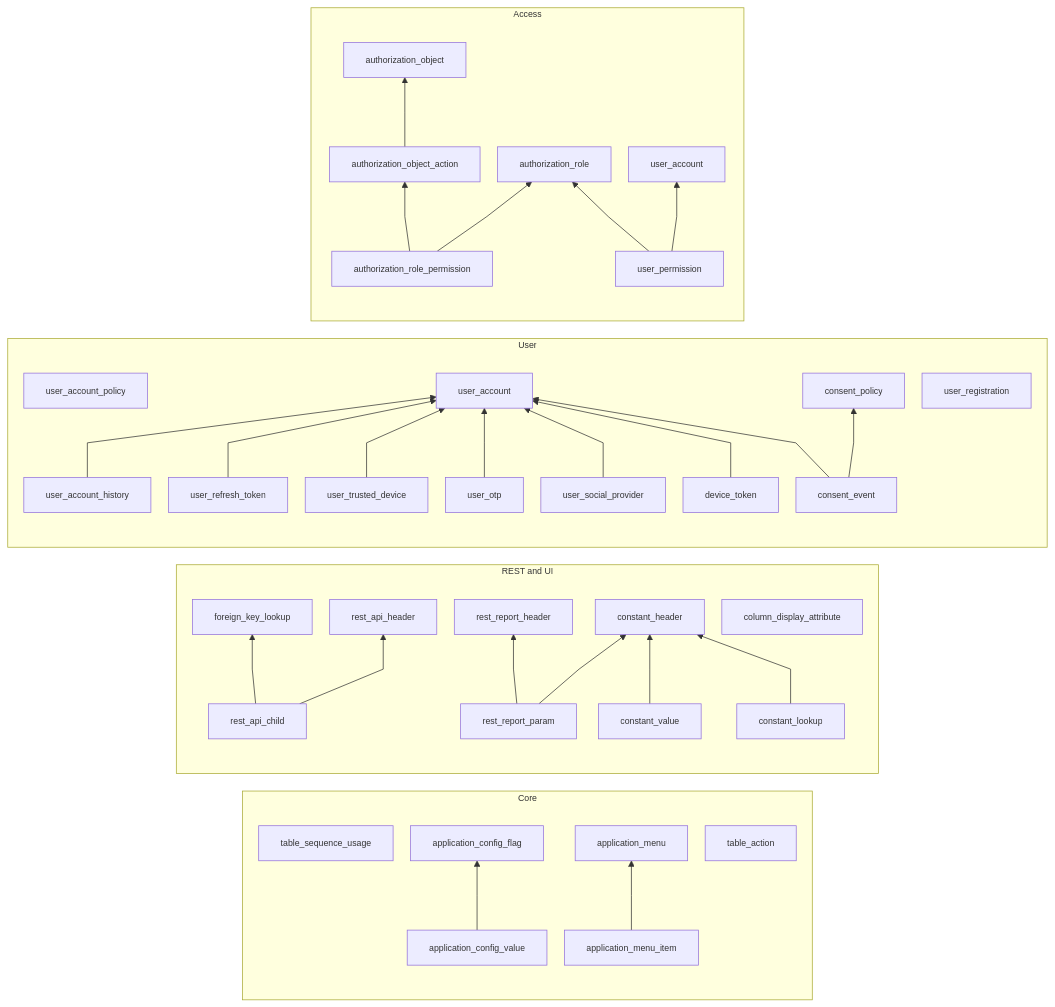
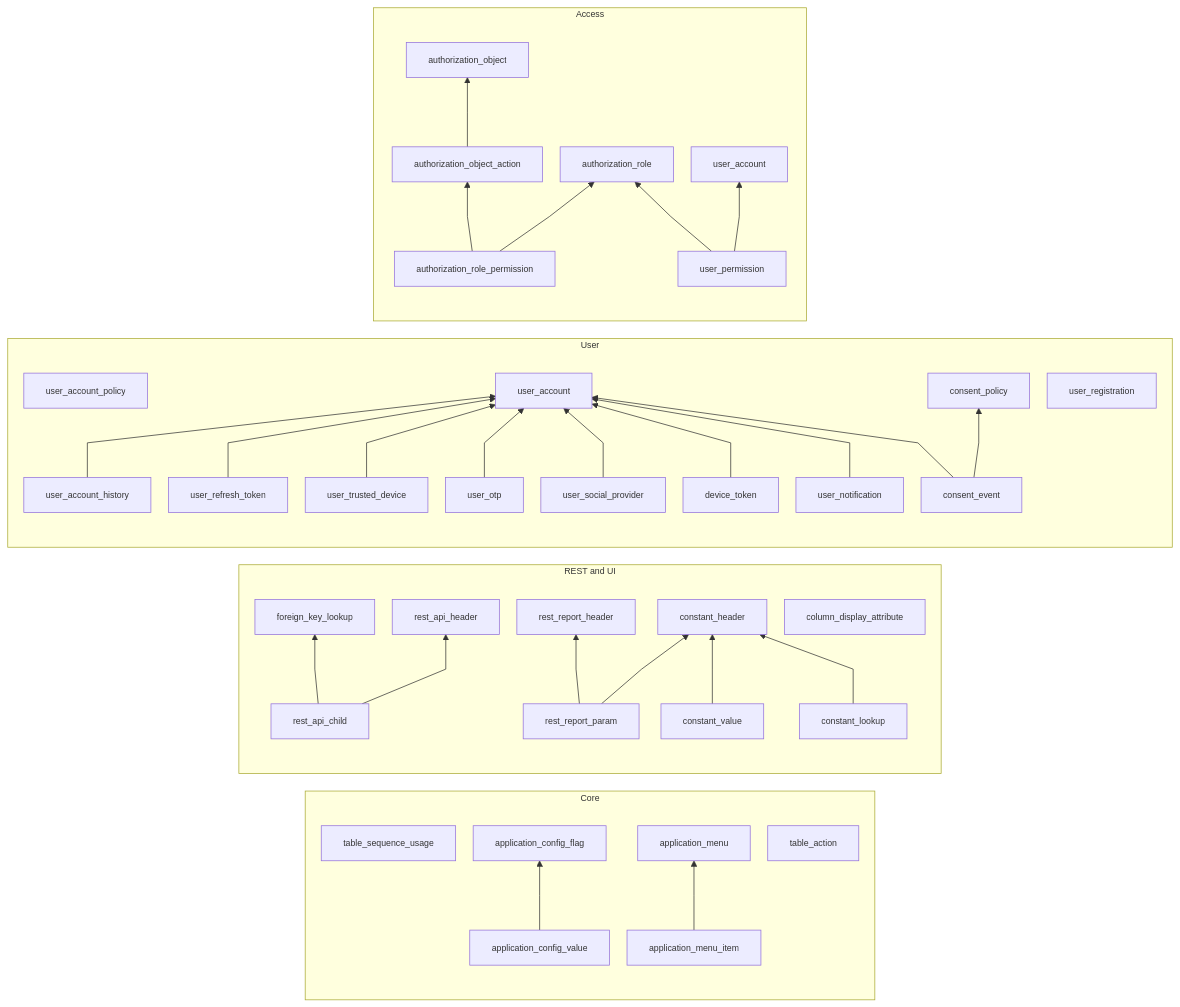
Before and after one commit to nauticana/keel: the first of 20 diagrams in DB.md, drawn with Mermaid. The commit also changed other lines of this file and 35 other files, not shown here.

````diff
--- a/DB.md
+++ b/DB.md
@@ -23,74 +23,76 @@
 ```mermaid
 %%{init: {"flowchart": {"curve": "linear", "nodeSpacing": 24, "rankSpacing": 70, "diagramPadding": 12}, "themeVariables": {"fontSize": "12px"}}}%%
 flowchart RL
     subgraph core["Core"]
         direction BT
         table_sequence_usage["table_sequence_usage"]
         table_action["table_action"]
         application_config_flag["application_config_flag"]
         application_config_value["application_config_value"]
         application_menu["application_menu"]
         application_menu_item["application_menu_item"]
     end
     application_config_value --> application_config_flag
     application_menu_item --> application_menu
 
     subgraph rest["REST and UI"]
         direction BT
         constant_header["constant_header"]
         constant_value["constant_value"]
         constant_lookup["constant_lookup"]
         foreign_key_lookup["foreign_key_lookup"]
         rest_api_header["rest_api_header"]
         rest_api_child["rest_api_child"]
         rest_report_header["rest_report_header"]
         rest_report_param["rest_report_param"]
         column_display_attribute["column_display_attribute"]
     end
     rest_api_child --> foreign_key_lookup
     rest_api_child --> rest_api_header
     rest_report_param --> rest_report_header
     rest_report_param --> constant_header
     constant_value --> constant_header
     constant_lookup --> constant_header
 
     subgraph user["User"]
         direction BT
         user_account_policy
         user_account
         user_account_history
         user_registration
         user_refresh_token
         user_trusted_device
         user_otp
         user_social_provider
         device_token
+        user_notification
         consent_policy
         consent_event
     end
 
     user_account_history --> user_account
     user_refresh_token --> user_account
     user_trusted_device --> user_account
     user_otp --> user_account
     user_social_provider --> user_account
     device_token --> user_account
+    user_notification --> user_account
     consent_event --> consent_policy
     consent_event --> user_account
 
     subgraph access["Access"]
         direction BT
         authorization_object
         authorization_object_action
         authorization_role
         authorization_role_permission
         user_permission
         user_account2["user_account"]
     end
 
     authorization_object_action --> authorization_object
     authorization_role_permission --> authorization_role
     authorization_role_permission --> authorization_object_action
     user_permission --> user_account2
     user_permission --> authorization_role
 ```
````
